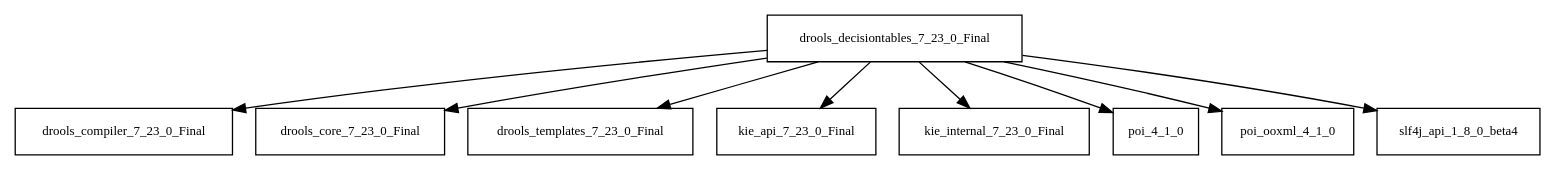
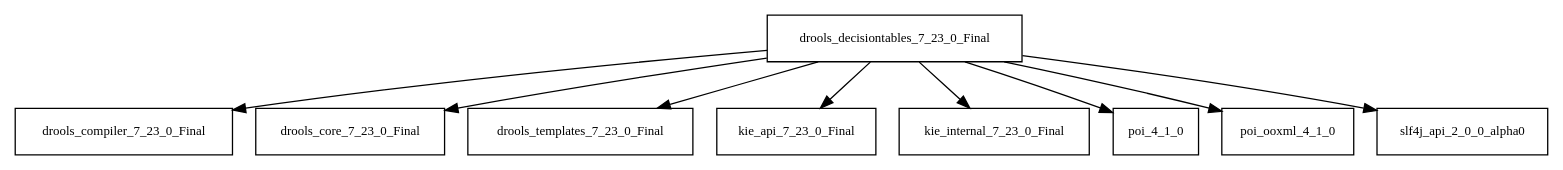
Before and after one commit to Hack23/cia: the diagram in tattleTaleReport/graphviz/drools-decisiontables-7.23.0.Final.jar/drools-decisiontables-7.23.0.Final.jar.dot, drawn with Graphviz. The commit also changed 4856 other files, not shown here.

```diff
--- a/tattleTaleReport/graphviz/drools-decisiontables-7.23.0.Final.jar/drools-decisiontables-7.23.0.Final.jar.dot
+++ b/tattleTaleReport/graphviz/drools-decisiontables-7.23.0.Final.jar/drools-decisiontables-7.23.0.Final.jar.dot
@@ -1,11 +1,11 @@
 digraph drools_decisiontables_7_23_0_Final_dependencies {
   node [shape = box, fontsize=10.0];
   drools_decisiontables_7_23_0_Final -> drools_compiler_7_23_0_Final;
   drools_decisiontables_7_23_0_Final -> drools_core_7_23_0_Final;
   drools_decisiontables_7_23_0_Final -> drools_templates_7_23_0_Final;
   drools_decisiontables_7_23_0_Final -> kie_api_7_23_0_Final;
   drools_decisiontables_7_23_0_Final -> kie_internal_7_23_0_Final;
   drools_decisiontables_7_23_0_Final -> poi_4_1_0;
   drools_decisiontables_7_23_0_Final -> poi_ooxml_4_1_0;
-  drools_decisiontables_7_23_0_Final -> slf4j_api_1_8_0_beta4;
+  drools_decisiontables_7_23_0_Final -> slf4j_api_2_0_0_alpha0;
 }
```
